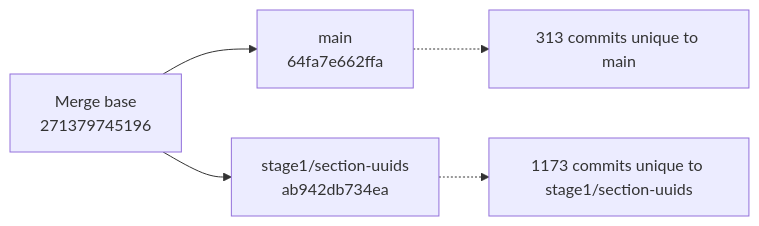
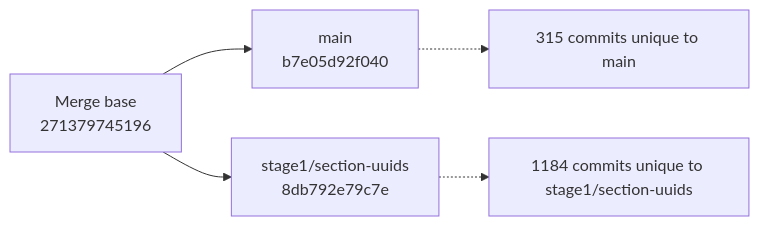
One commit to snoopdock/Finite_element_analysis_project changed the diagram in branch-graphify-results/latest/git-lineage.mmd. Above: the diagram before and after it, drawn with Mermaid. The commit also changed 12 other files, not shown here.

Commit message:
Update Graphify branch analysis [skip ci]

```diff
--- a/branch-graphify-results/latest/git-lineage.mmd
+++ b/branch-graphify-results/latest/git-lineage.mmd
@@ -1,10 +1,10 @@
 flowchart LR
   MB["Merge base<br/>271379745196"]
-  B["main<br/>64fa7e662ffa"]
-  C["stage1/section-uuids<br/>ab942db734ea"]
+  B["main<br/>b7e05d92f040"]
+  C["stage1/section-uuids<br/>8db792e79c7e"]
   MB --> B
   MB --> C
-  B_note["313 commits unique to main"]
-  C_note["1173 commits unique to stage1/section-uuids"]
+  B_note["315 commits unique to main"]
+  C_note["1184 commits unique to stage1/section-uuids"]
   B -.-> B_note
   C -.-> C_note
```
